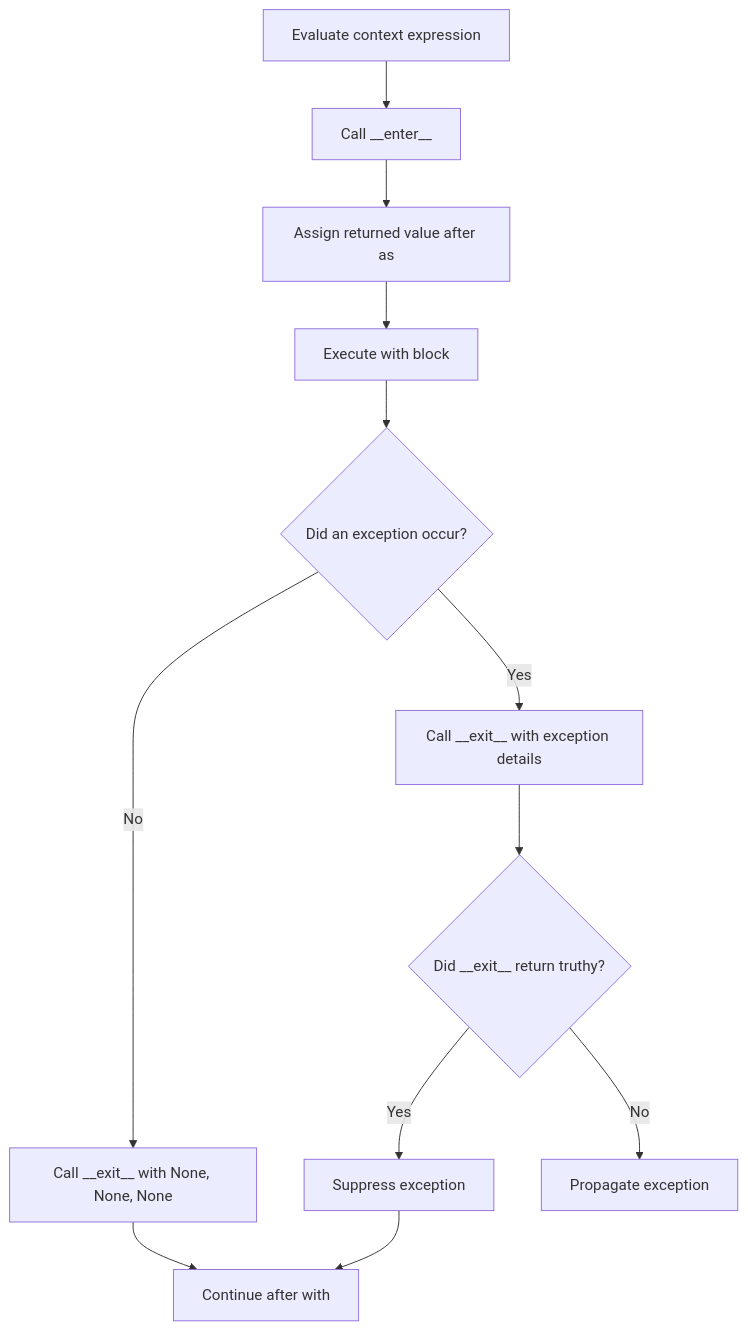
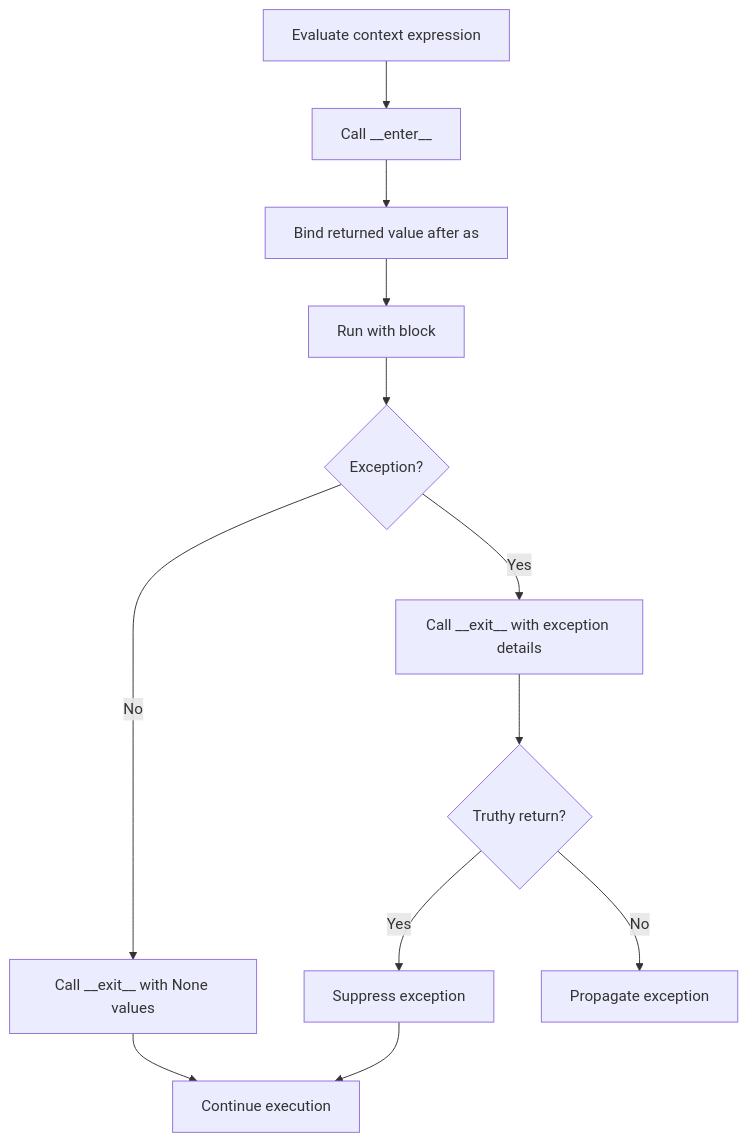
Before and after one commit to AvadhBhalodiya/Interview-Preparation: the first of 2 diagrams in src/content/python/context-managers.md, drawn with Mermaid. The commit also changed other lines of this file and 80 other files, not shown here.

````diff
--- a/src/content/python/context-managers.md
+++ b/src/content/python/context-managers.md
@@ -21,14 +22,14 @@
 ```mermaid
 flowchart TD
     A[Evaluate context expression] --> B[Call __enter__]
-    B --> C[Assign returned value after as]
-    C --> D[Execute with block]
-    D --> E{Did an exception occur?}
-    E -- No --> F[Call __exit__ with None, None, None]
+    B --> C[Bind returned value after as]
+    C --> D[Run with block]
+    D --> E{Exception?}
+    E -- No --> F[Call __exit__ with None values]
     E -- Yes --> G[Call __exit__ with exception details]
-    G --> H{Did __exit__ return truthy?}
+    G --> H{Truthy return?}
     H -- Yes --> I[Suppress exception]
     H -- No --> J[Propagate exception]
-    F --> K[Continue after with]
+    F --> K[Continue execution]
     I --> K
 ```
````
